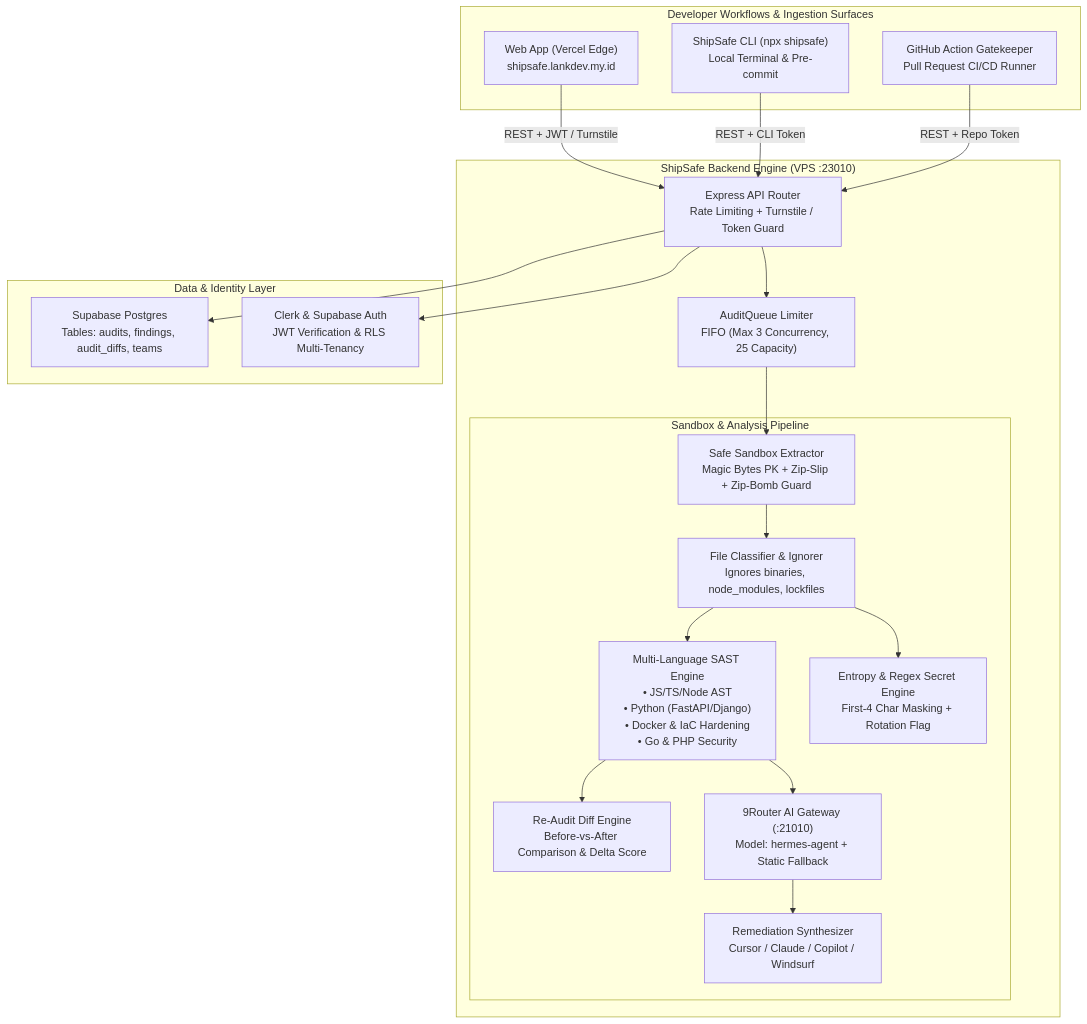
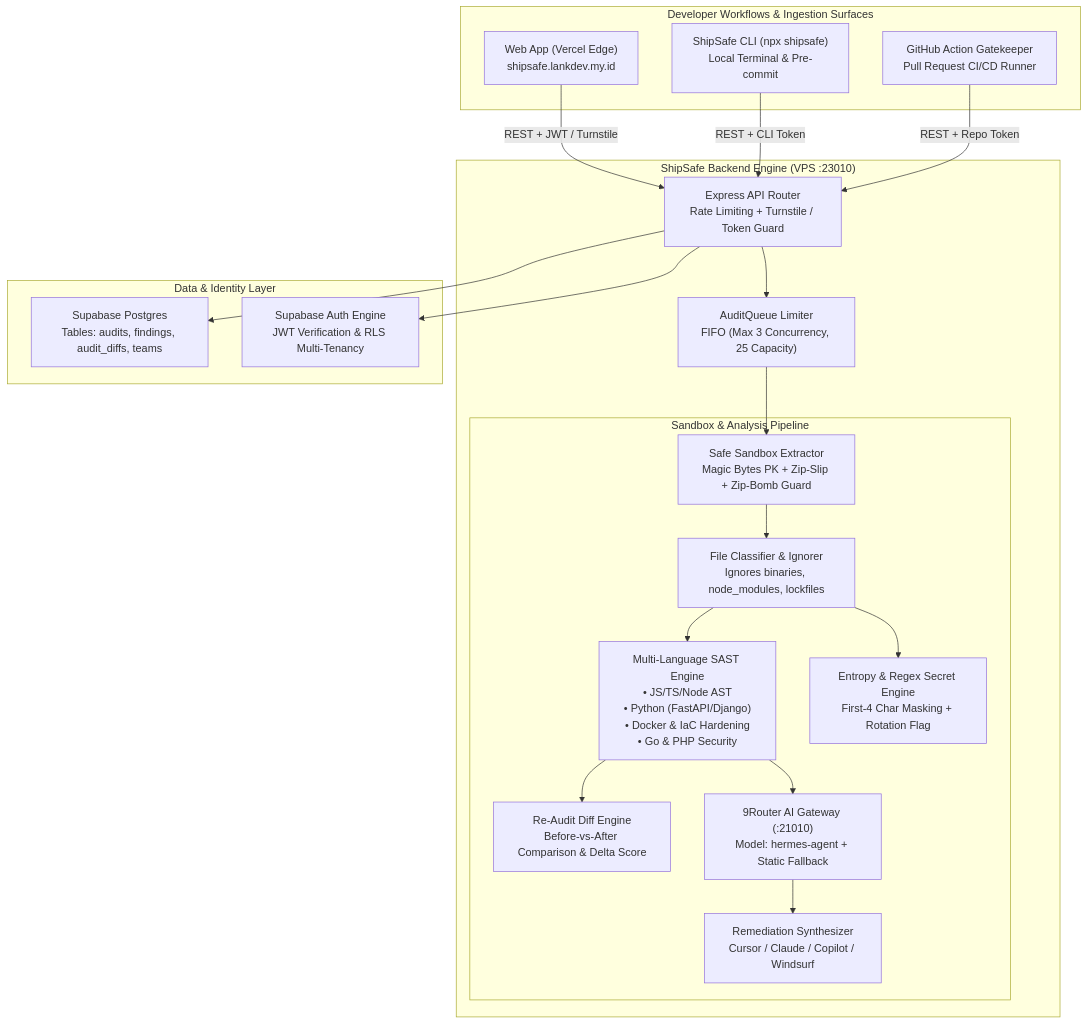
Before and after one commit to gilank-dev/shipsafe: the first of 2 diagrams in implementation_plan.md, drawn with Mermaid. The commit also changed 104 other files, not shown here.

````diff
--- a/implementation_plan.md
+++ b/implementation_plan.md
@@ -40,47 +40,47 @@
 ```mermaid
 flowchart TD
     subgraph Clients["Developer Workflows & Ingestion Surfaces"]
         WebUI["Web App (Vercel Edge)<br/>shipsafe.lankdev.my.id"]
         CLI["ShipSafe CLI (npx shipsafe)<br/>Local Terminal & Pre-commit"]
         GHA["GitHub Action Gatekeeper<br/>Pull Request CI/CD Runner"]
     end
 
     subgraph BackendTier["ShipSafe Backend Engine (VPS :23010)"]
         APIGateway["Express API Router<br/>Rate Limiting + Turnstile / Token Guard"]
         QueueManager["AuditQueue Limiter<br/>FIFO (Max 3 Concurrency, 25 Capacity)"]
         
         subgraph AnalysisPipeline["Sandbox & Analysis Pipeline"]
             ZipGuard["Safe Sandbox Extractor<br/>Magic Bytes PK + Zip-Slip + Zip-Bomb Guard"]
             FileClassifier["File Classifier & Ignorer<br/>Ignores binaries, node_modules, lockfiles"]
             
             MultiLangRules["Multi-Language SAST Engine<br/>• JS/TS/Node AST<br/>• Python (FastAPI/Django)<br/>• Docker & IaC Hardening<br/>• Go & PHP Security"]
             
             SecretEngine["Entropy & Regex Secret Engine<br/>First-4 Char Masking + Rotation Flag"]
             DiffEngine["Re-Audit Diff Engine<br/>Before-vs-After Comparison & Delta Score"]
             
             AIGateway["9Router AI Gateway (:21010)<br/>Model: hermes-agent + Static Fallback"]
             PromptSynth["Remediation Synthesizer<br/>Cursor / Claude / Copilot / Windsurf"]
         end
     end
 
     subgraph DataTier["Data & Identity Layer"]
         SupabaseDB["Supabase Postgres<br/>Tables: audits, findings, audit_diffs, teams"]
-        ClerkAuth["Clerk & Supabase Auth<br/>JWT Verification & RLS Multi-Tenancy"]
+        SupabaseAuth["Supabase Auth Engine<br/>JWT Verification & RLS Multi-Tenancy"]
     end
 
     WebUI -->|REST + JWT / Turnstile| APIGateway
     CLI -->|REST + CLI Token| APIGateway
     GHA -->|REST + Repo Token| APIGateway
 
     APIGateway --> QueueManager
     QueueManager --> ZipGuard
     ZipGuard --> FileClassifier
     FileClassifier --> MultiLangRules
     FileClassifier --> SecretEngine
     MultiLangRules --> DiffEngine
     MultiLangRules --> AIGateway
     AIGateway --> PromptSynth
     
-    APIGateway --> ClerkAuth
+    APIGateway --> SupabaseAuth
     APIGateway --> SupabaseDB
 ```
````
